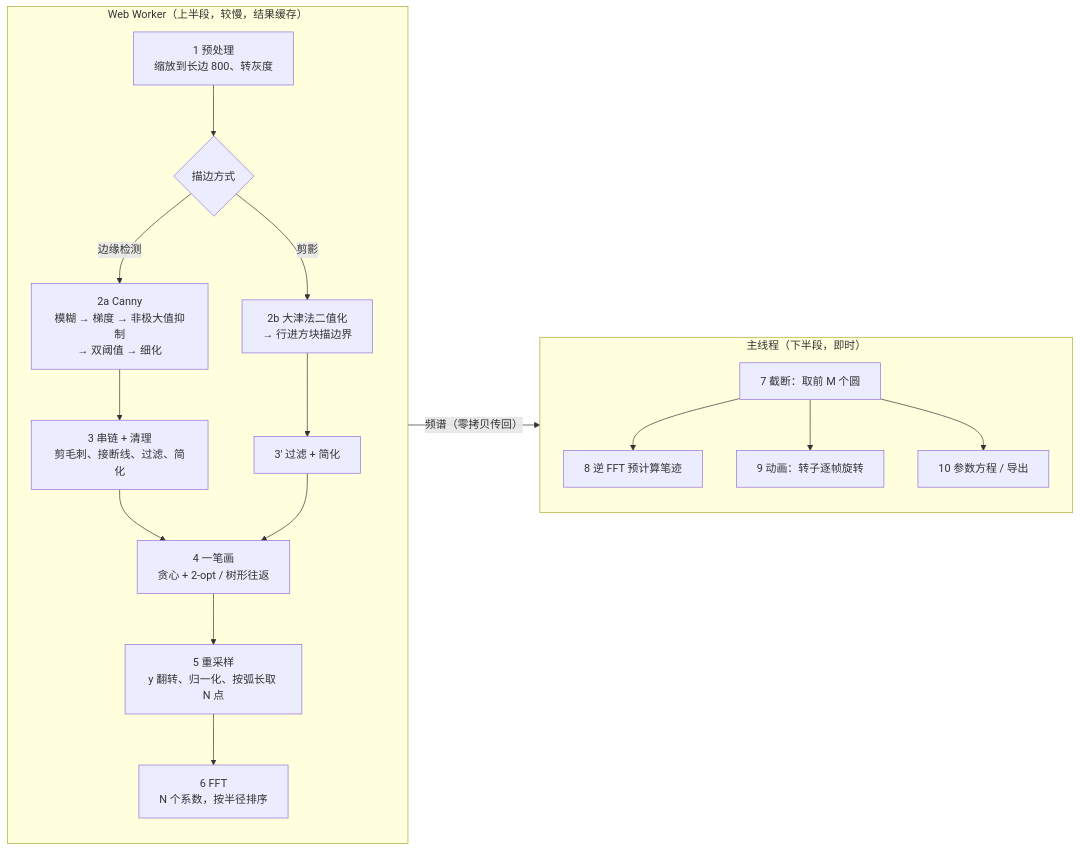
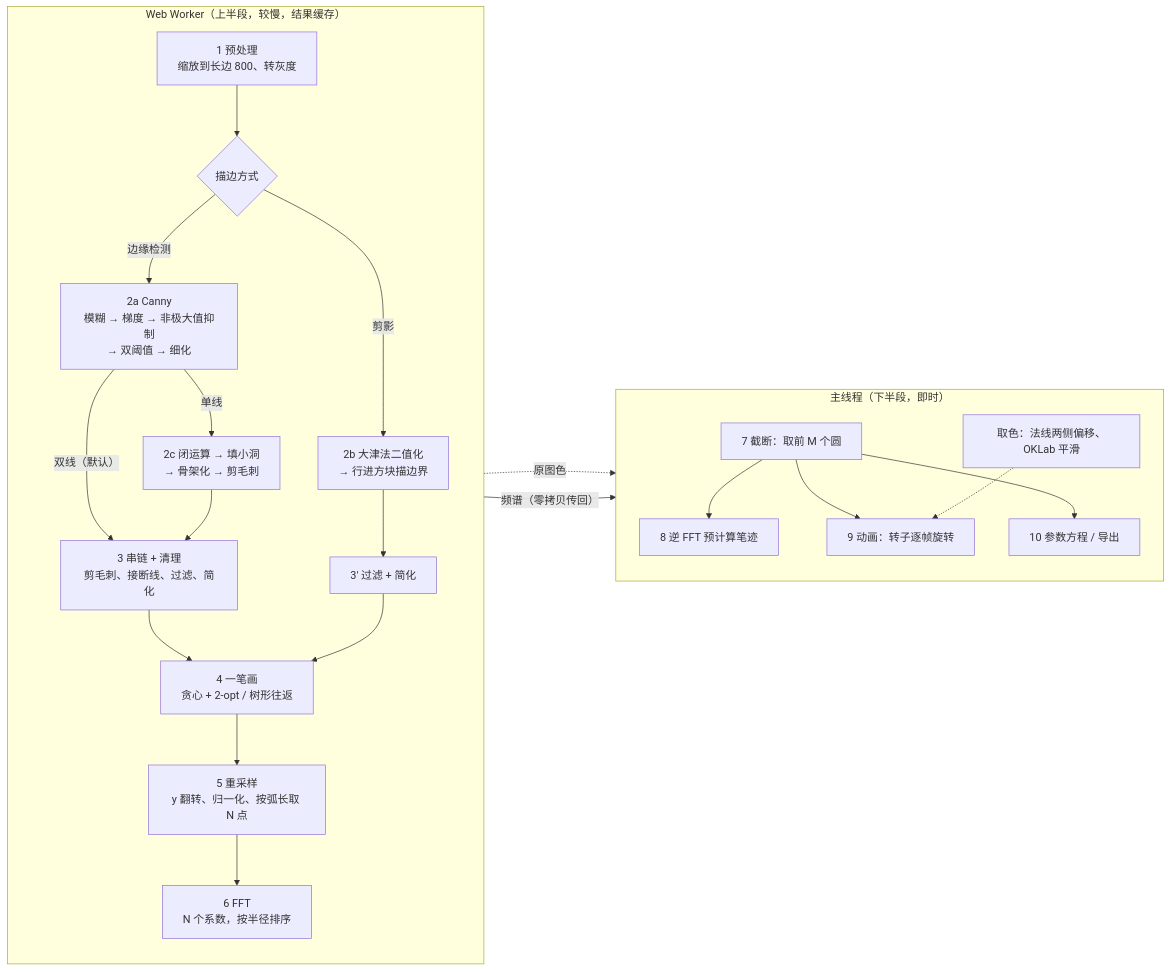
The diagram in docs/pipeline.md (SunMoonTrain/Almagest), drawn with Mermaid before and after one commit. The commit also changed other lines of this file and 10 other files, not shown here.

First line of the commit message:
新增单线模式与原图色笔迹

````diff
--- a/docs/pipeline.md
+++ b/docs/pipeline.md
@@ -19,22 +19,26 @@
 ```mermaid
 flowchart LR
   subgraph W["Web Worker（上半段，较慢，结果缓存）"]
     direction TB
     A["1 预处理<br/>缩放到长边 800、转灰度"] --> B{描边方式}
     B -- 边缘检测 --> C1["2a Canny<br/>模糊 → 梯度 → 非极大值抑制<br/>→ 双阈值 → 细化"]
     B -- 剪影 --> C2["2b 大津法二值化<br/>→ 行进方块描边界"]
-    C1 --> D["3 串链 + 清理<br/>剪毛刺、接断线、过滤、简化"]
+    C1 -- 双线（默认） --> D["3 串链 + 清理<br/>剪毛刺、接断线、过滤、简化"]
+    C1 -- 单线 --> C3["2c 闭运算 → 填小洞<br/>→ 骨架化 → 剪毛刺"]
+    C3 --> D
     C2 --> D2["3' 过滤 + 简化"]
     D --> E["4 一笔画<br/>贪心 + 2-opt / 树形往返"]
     D2 --> E
     E --> F["5 重采样<br/>y 翻转、归一化、按弧长取 N 点"]
     F --> G["6 FFT<br/>N 个系数，按半径排序"]
   end
   subgraph M["主线程（下半段，即时）"]
     direction TB
     H["7 截断：取前 M 个圆"] --> I["8 逆 FFT 预计算笔迹"]
     H --> J["9 动画：转子逐帧旋转"]
+    F -. "原图色" .-> CL["取色：法线两侧偏移、OKLab 平滑"]
+    CL -.-> J
     H --> K["10 参数方程 / 导出"]
   end
   G -- "频谱（零拷贝传回）" --> H
 ```
````
